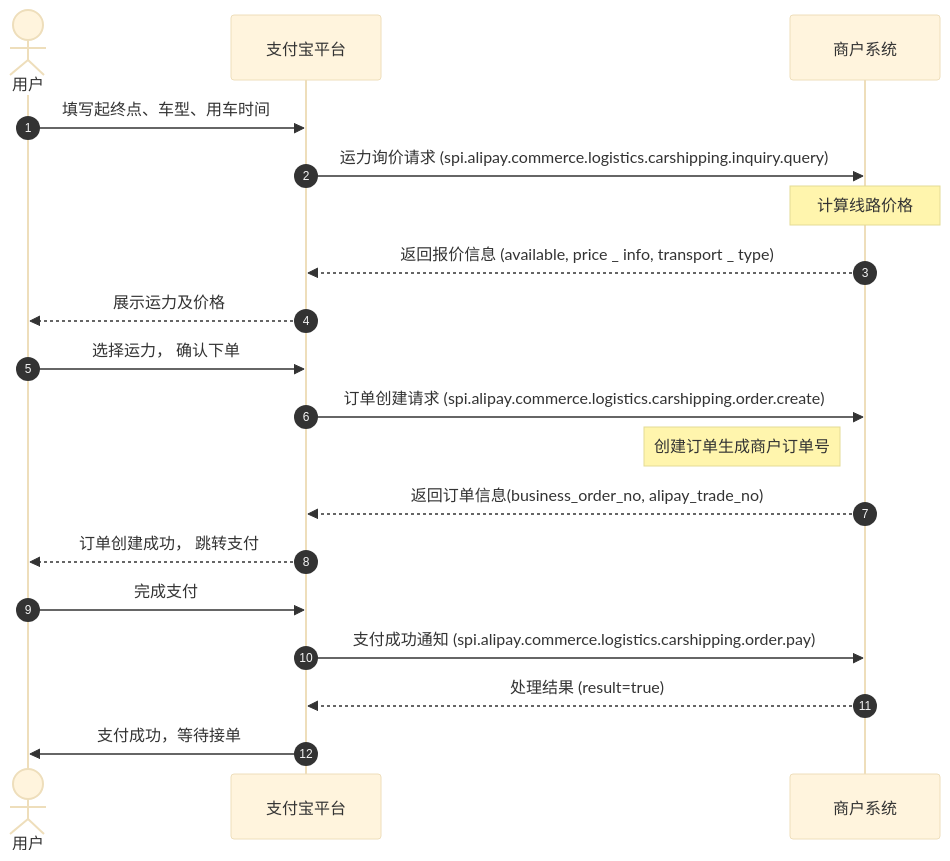
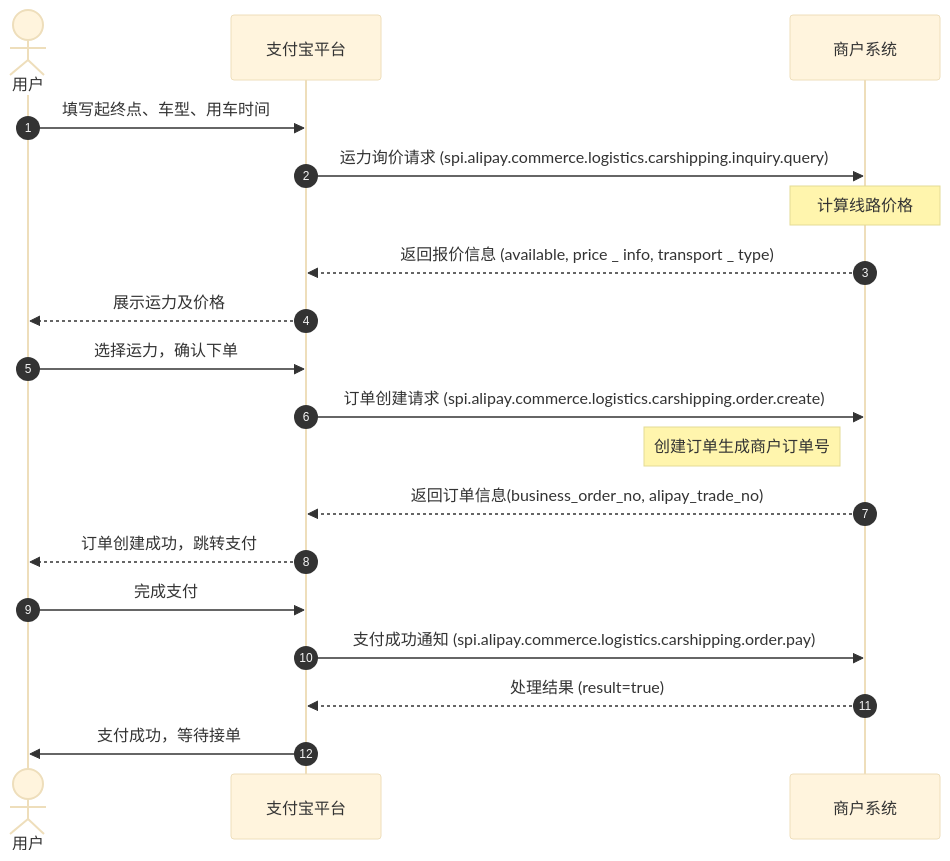
The diagram in notes/test_dba1b258-be6a-414c-9967-aedbcccfa44f.md (pingpm/mermaid_vault), drawn with Mermaid (base theme) before and after one commit. The commit also changed 2 other files, not shown here.

Commit message:
Sync Mermaid Studio data (8 diagrams)

````diff
--- a/notes/test_dba1b258-be6a-414c-9967-aedbcccfa44f.md
+++ b/notes/test_dba1b258-be6a-414c-9967-aedbcccfa44f.md
@@ -3,21 +3,22 @@
 ```mermaid
 sequenceDiagram
   autonumber
   actor p0 as 用户
   participant p1 as 支付宝平台
   participant p2 as 商户系统
   p0->>p1: 填写起终点、⻋型、⽤⻋时间
   p1->>p2: 运⼒询价请求 (spi.alipay.commerce.logistics.carshipping.inquiry.query)
   Note over p2: 计算线路价格
   p2-->>p1: 返回报价信息 (available, price _ info, transport _ type)
   p1-->>p0: 展示运⼒及价格
-  p0->>p1: 选择运⼒， 确认下单
+  p0->>p1: 选择运⼒，确认下单
   p1->>p2: 订单创建请求 (spi.alipay.commerce.logistics.carshipping.order.create)
   Note left of p2: 创建订单⽣成商户订单号
   p2-->>p1: 返回订单信息(business_order_no, alipay_trade_no)
-  p1-->>p0: 订单创建成功， 跳转⽀付
+  p1-->>p0: 订单创建成功，跳转⽀付
   p0->>p1: 完成⽀付
   p1->>p2: ⽀付成功通知 (spi.alipay.commerce.logistics.carshipping.order.pay)
   p2-->>p1: 处理结果 (result=true)
   p1->>p0: ⽀付成功，等待接单
+
 ```
````
